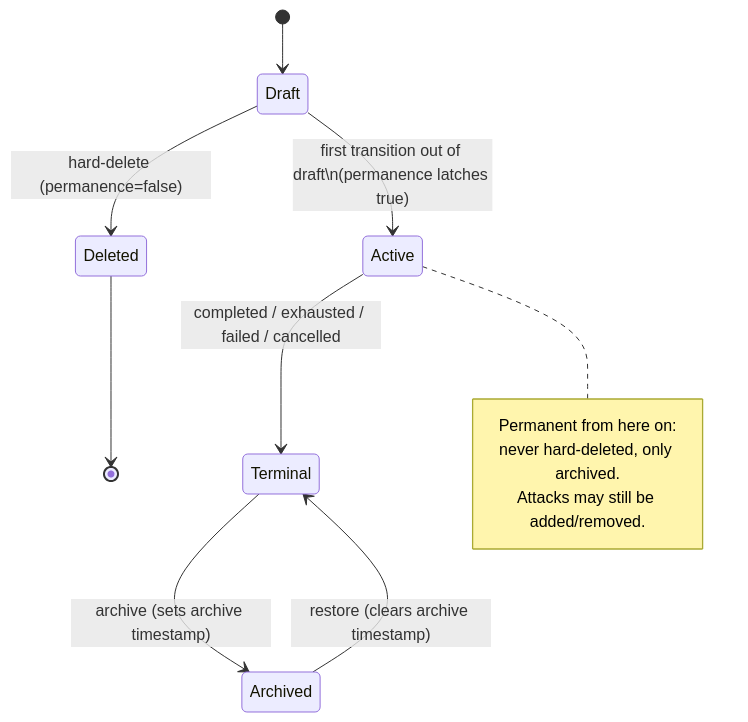
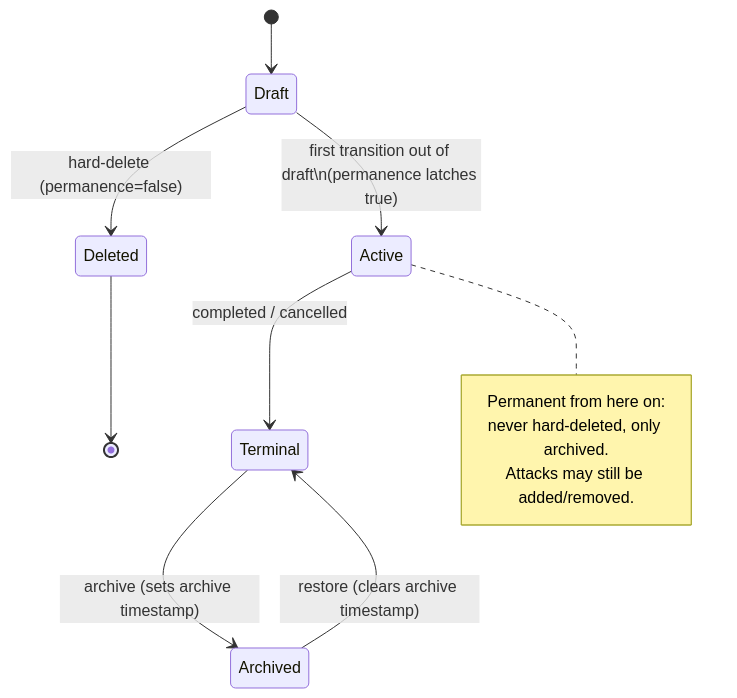
One commit to EvilBit-Labs/hash_hive changed the diagram in docs/brainstorms/2026-06-20-campaign-archiving-requirements.md. Above: the diagram before and after it, drawn with Mermaid. The commit also changed other lines of this file, not shown here.

````diff
--- a/docs/brainstorms/2026-06-20-campaign-archiving-requirements.md
+++ b/docs/brainstorms/2026-06-20-campaign-archiving-requirements.md
@@ -62,15 +65,15 @@
 ```mermaid
 stateDiagram-v2
   [*] --> Draft
   Draft --> Deleted: hard-delete (permanence=false)
   Draft --> Active: first transition out of draft\n(permanence latches true)
-  Active --> Terminal: completed / exhausted / failed / cancelled
+  Active --> Terminal: completed / cancelled
   Terminal --> Archived: archive (sets archive timestamp)
   Archived --> Terminal: restore (clears archive timestamp)
   Deleted --> [*]
   note right of Active
     Permanent from here on:
     never hard-deleted, only archived.
     Attacks may still be added/removed.
   end note
 ```
````
